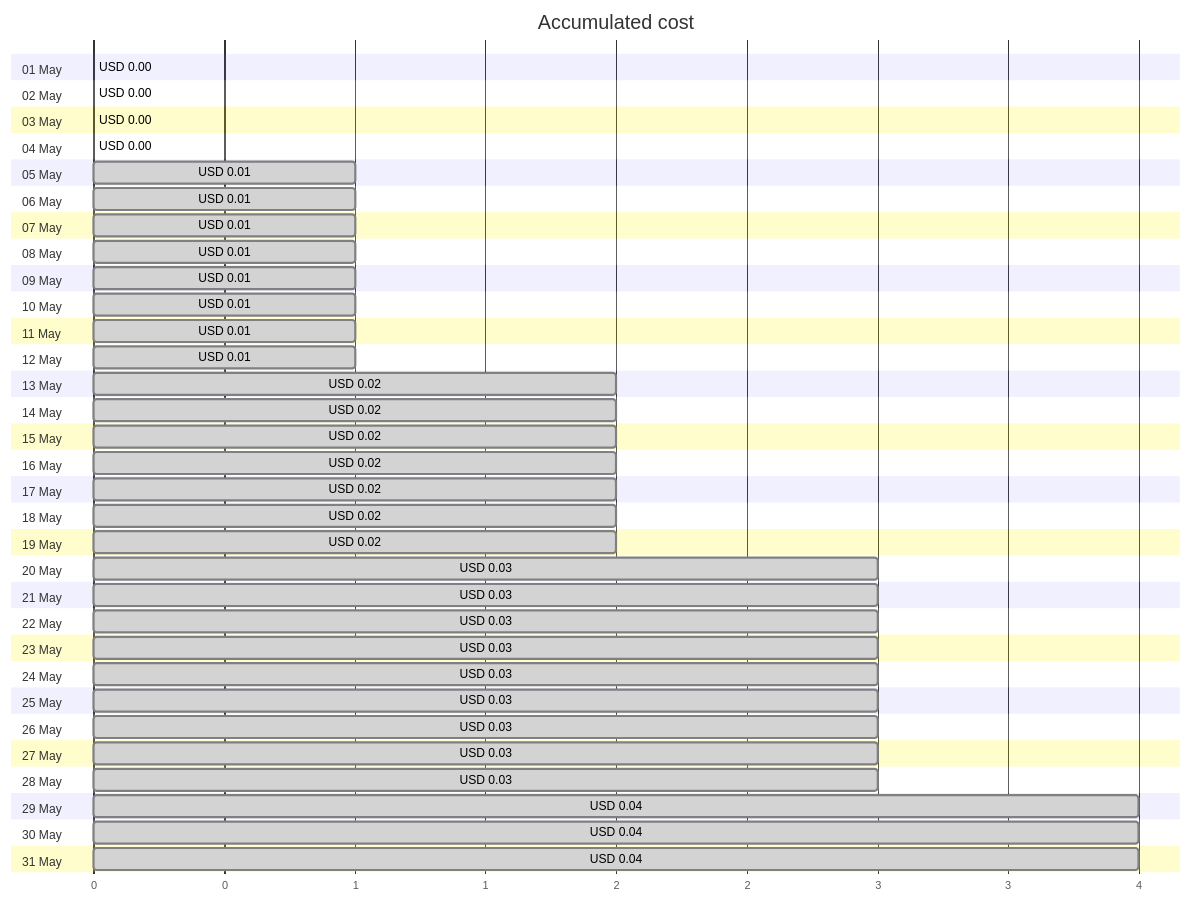
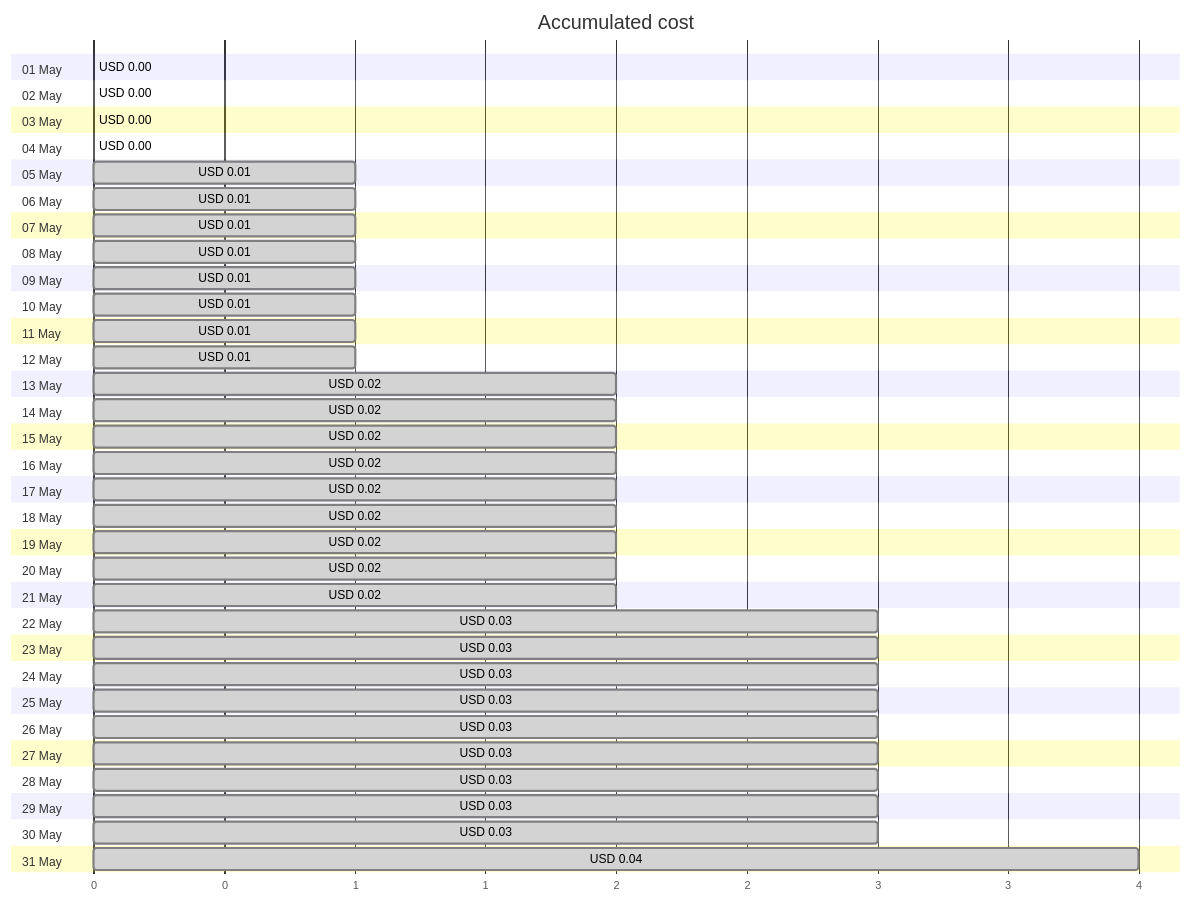
Before and after one commit to jpfulton/azure-personal-reports: the first of 4 diagrams in cost-reports/personal-site/personalsiteapistorage.md, drawn with Mermaid. The commit also changed other lines of this file and 6 other files, not shown here.

````diff
--- a/cost-reports/personal-site/personalsiteapistorage.md
+++ b/cost-reports/personal-site/personalsiteapistorage.md
@@ -20,68 +20,68 @@
 ```mermaid
 gantt
    title Accumulated cost
    dateFormat  X
    axisFormat %s
    section 01 May
    USD 0.00 :0, 0
    section 02 May
    USD 0.00 :0, 0
    section 03 May
-   USD 0.00 : done, 0, 0
+   USD 0.00 :0, 0
    section 04 May
    USD 0.00 : done, 0, 0
    section 05 May
    USD 0.01 : done, 0, 1
    section 06 May
    USD 0.01 : done, 0, 1
    section 07 May
    USD 0.01 : done, 0, 1
    section 08 May
    USD 0.01 : done, 0, 1
    section 09 May
    USD 0.01 : done, 0, 1
    section 10 May
    USD 0.01 : done, 0, 1
    section 11 May
    USD 0.01 : done, 0, 1
    section 12 May
    USD 0.01 : done, 0, 1
    section 13 May
    USD 0.02 : done, 0, 2
    section 14 May
    USD 0.02 : done, 0, 2
    section 15 May
    USD 0.02 : done, 0, 2
    section 16 May
    USD 0.02 : done, 0, 2
    section 17 May
    USD 0.02 : done, 0, 2
    section 18 May
    USD 0.02 : done, 0, 2
    section 19 May
    USD 0.02 : done, 0, 2
    section 20 May
-   USD 0.03 : done, 0, 3
+   USD 0.02 : done, 0, 2
    section 21 May
-   USD 0.03 : done, 0, 3
+   USD 0.02 : done, 0, 2
    section 22 May
    USD 0.03 : done, 0, 3
    section 23 May
    USD 0.03 : done, 0, 3
    section 24 May
    USD 0.03 : done, 0, 3
    section 25 May
    USD 0.03 : done, 0, 3
    section 26 May
    USD 0.03 : done, 0, 3
    section 27 May
    USD 0.03 : done, 0, 3
    section 28 May
    USD 0.03 : done, 0, 3
    section 29 May
-   USD 0.04 : done, 0, 4
+   USD 0.03 : done, 0, 3
    section 30 May
-   USD 0.04 : done, 0, 4
+   USD 0.03 : done, 0, 3
    section 31 May
    USD 0.04 : done, 0, 4
 ```
````
